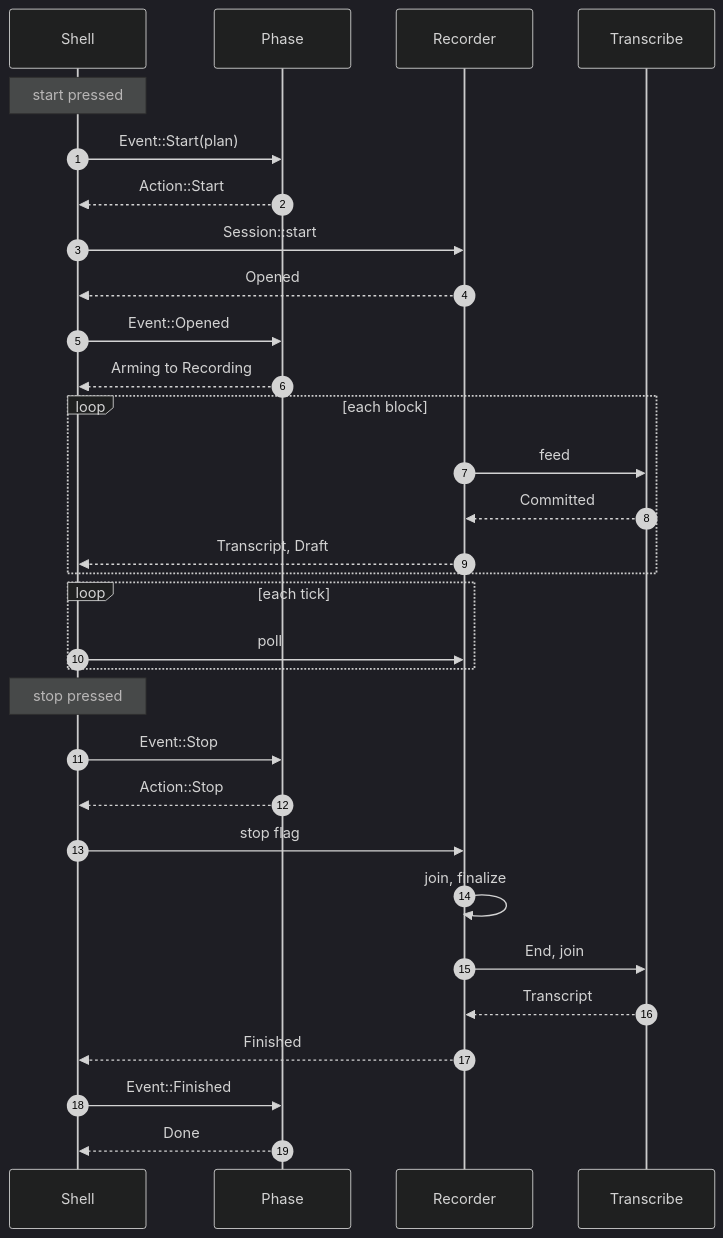
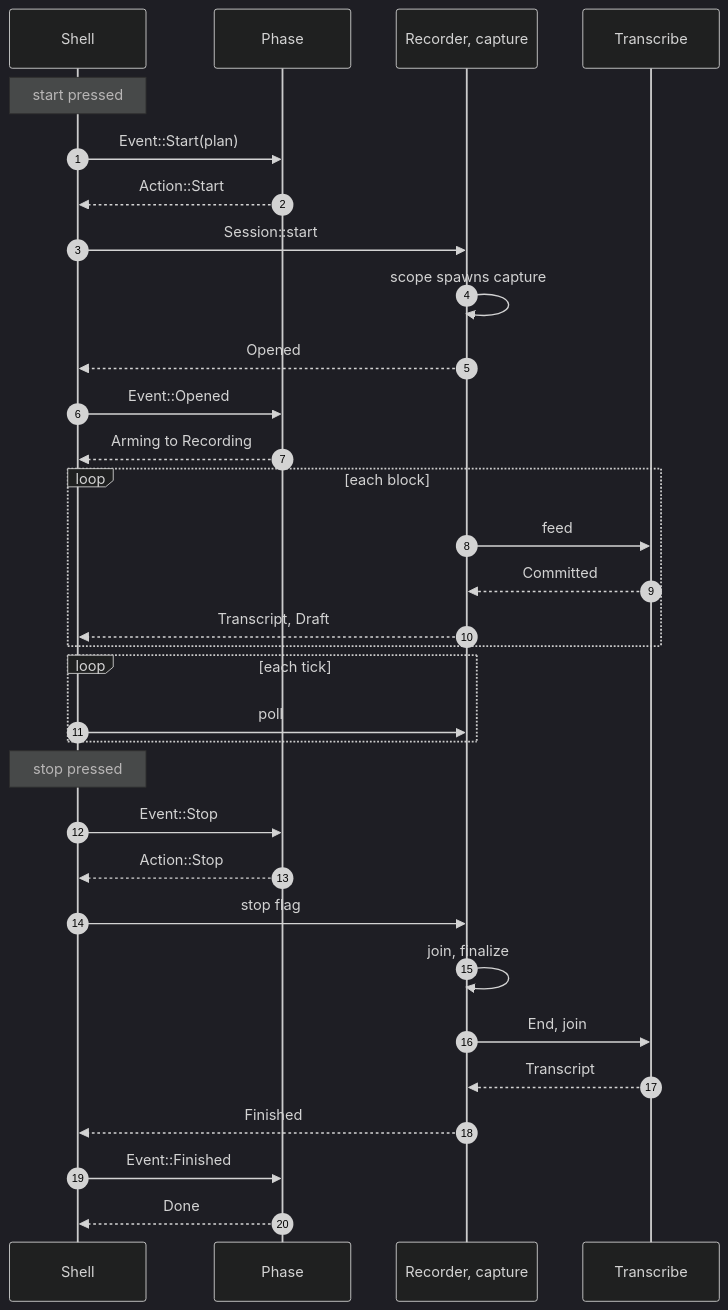
Before and after one commit to mokmok-dev/koe: the second of 6 diagrams in ARCHITECTURE.md, drawn with Mermaid (dark theme). The commit also changed other lines of this file, not shown here.

````diff
--- a/ARCHITECTURE.md
+++ b/ARCHITECTURE.md
@@ -90,37 +94,38 @@
 ```mermaid
 sequenceDiagram
     autonumber
     participant SH as Shell
     participant PH as Phase
-    participant RC as Recorder
+    participant RC as Recorder, capture
     participant TR as Transcribe
 
     Note over SH: start pressed
     SH->>PH: Event::Start(plan)
     PH-->>SH: Action::Start
     SH->>RC: Session::start
+    RC->>RC: scope spawns capture
     RC-->>SH: Opened
     SH->>PH: Event::Opened
     PH-->>SH: Arming to Recording
 
     loop each block
         RC->>TR: feed
         TR-->>RC: Committed
         RC-->>SH: Transcript, Draft
     end
 
     loop each tick
         SH->>RC: poll
     end
 
     Note over SH: stop pressed
     SH->>PH: Event::Stop
     PH-->>SH: Action::Stop
     SH->>RC: stop flag
     RC->>RC: join, finalize
     RC->>TR: End, join
     TR-->>RC: Transcript
     RC-->>SH: Finished
     SH->>PH: Event::Finished
     PH-->>SH: Done
 ```
````
